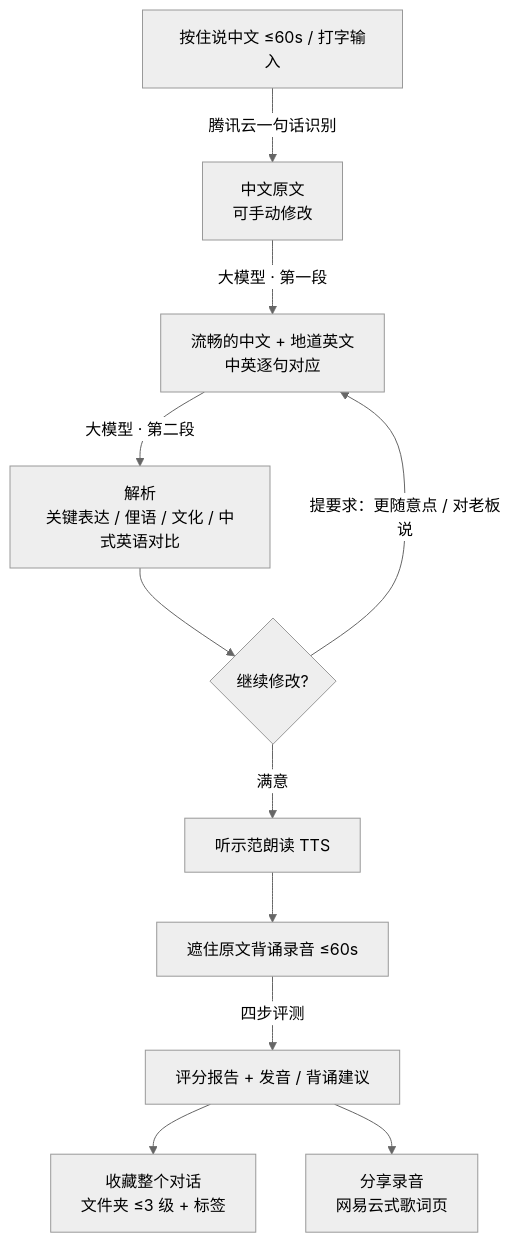
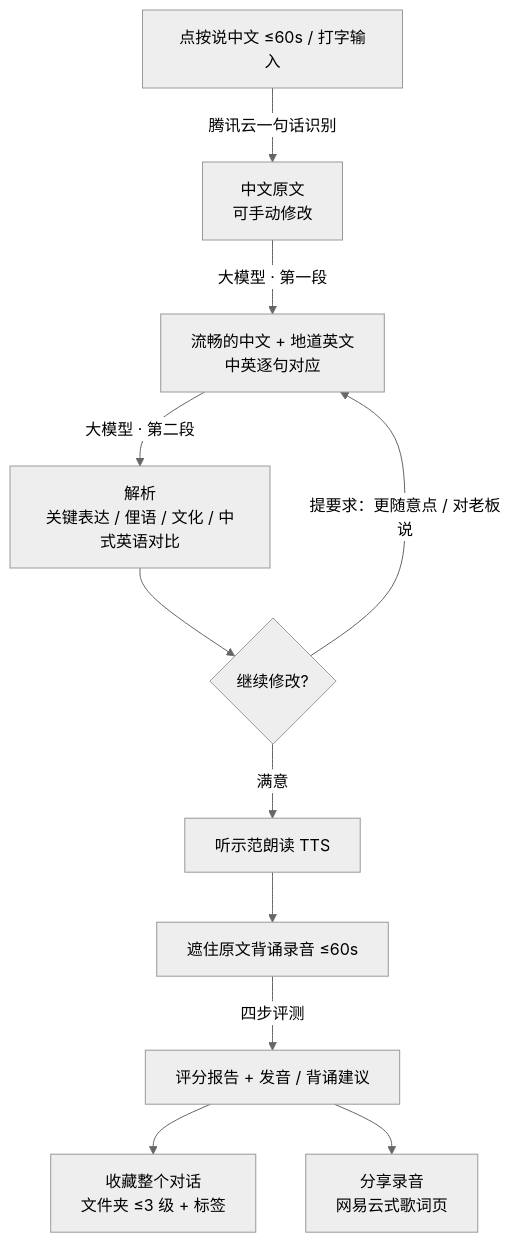
Before and after one commit to frankie137/solvane: the first of 2 diagrams in README.md, drawn with Mermaid (neutral theme). The commit also changed other lines of this file and 4 other files, not shown here.

````diff
--- a/README.md
+++ b/README.md
@@ -32,13 +32,13 @@
 ```mermaid
 flowchart TD
-    A[按住说中文 ≤60s / 打字输入] -->|腾讯云一句话识别| B[中文原文<br/>可手动修改]
+    A[点按说中文 ≤60s / 打字输入] -->|腾讯云一句话识别| B[中文原文<br/>可手动修改]
     B -->|大模型 · 第一段| C[流畅的中文 + 地道英文<br/>中英逐句对应]
     C -->|大模型 · 第二段| D[解析<br/>关键表达 / 俚语 / 文化 / 中式英语对比]
     D --> E{继续修改?}
     E -->|"提要求：更随意点 / 对老板说"| C
     E -->|满意| F[听示范朗读 TTS]
     F --> G[遮住原文背诵录音 ≤60s]
     G -->|四步评测| H[评分报告 + 发音 / 背诵建议]
     H --> I[收藏整个对话<br/>文件夹 ≤3 级 + 标签]
     H --> J[分享录音<br/>网易云式歌词页]
 ```
````
